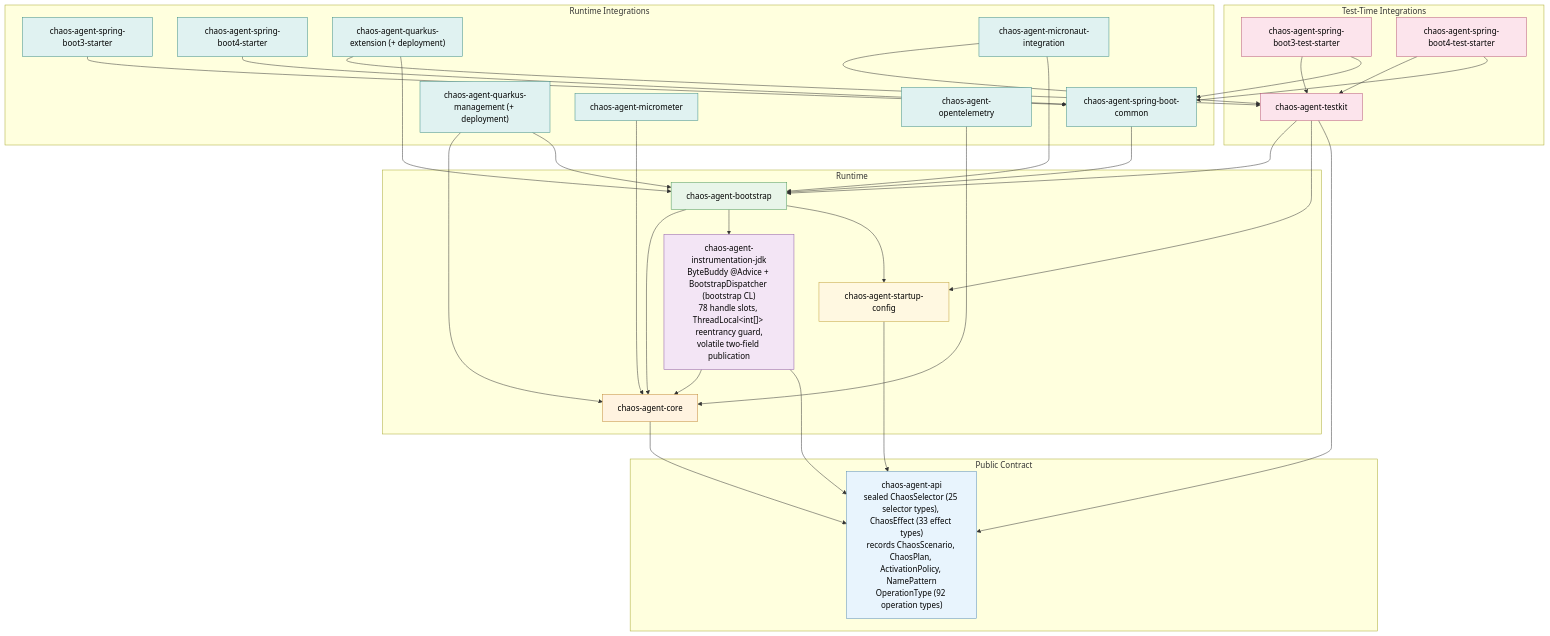
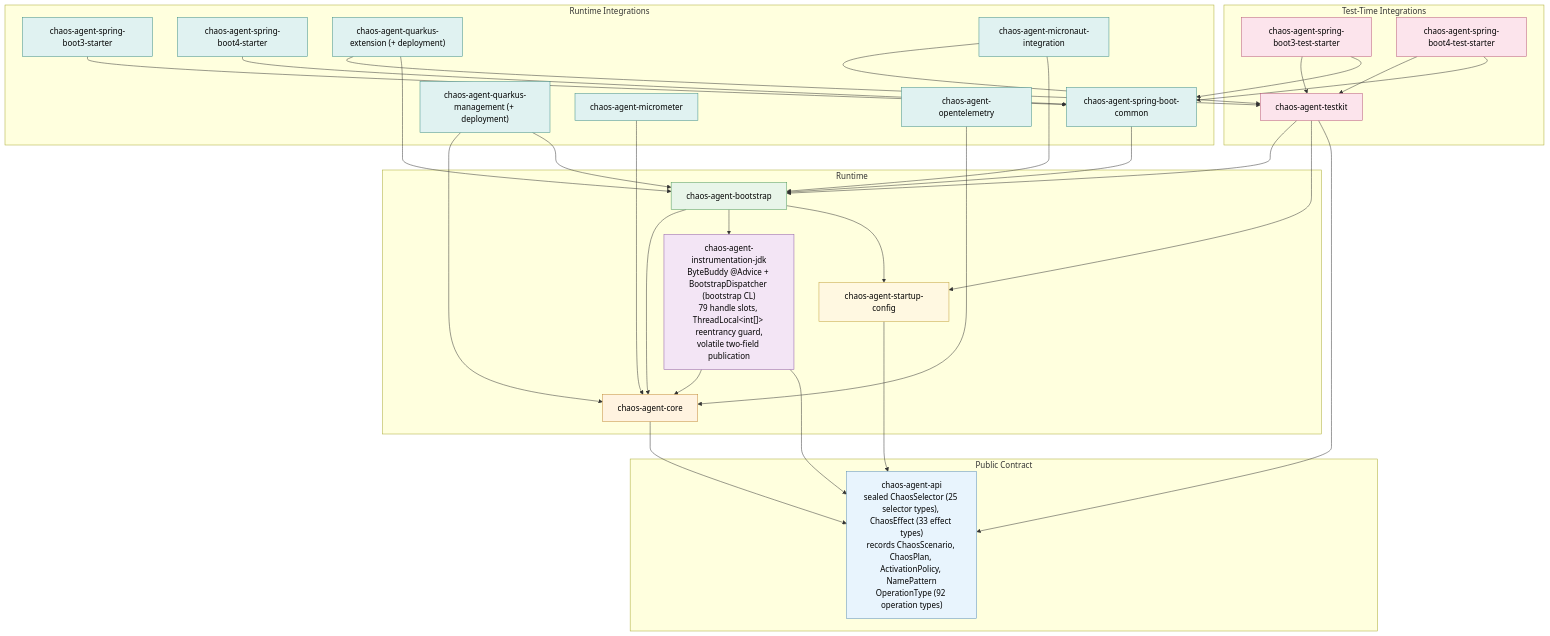
Before and after one commit to macstab/macstab-chaos-jvm-agent: the first of 4 diagrams in docs/overall-agent.md, drawn with Mermaid. The commit also changed other lines of this file and 23 other files, not shown here.

````diff
--- a/docs/overall-agent.md
+++ b/docs/overall-agent.md
@@ -105,68 +105,68 @@
 ```mermaid
 flowchart TB
   subgraph contract["Public Contract"]
     api["chaos-agent-api<br/>sealed ChaosSelector (25 selector types), ChaosEffect (33 effect types)<br/>records ChaosScenario, ChaosPlan, ActivationPolicy, NamePattern<br/>OperationType (92 operation types)"]
   end
   subgraph runtime["Runtime"]
     core["chaos-agent-core"]
-    instr["chaos-agent-instrumentation-jdk<br/>ByteBuddy @Advice + BootstrapDispatcher (bootstrap CL)<br/>78 handle slots, ThreadLocal&lt;int[]&gt; reentrancy guard,<br/>volatile two-field publication"]
+    instr["chaos-agent-instrumentation-jdk<br/>ByteBuddy @Advice + BootstrapDispatcher (bootstrap CL)<br/>79 handle slots, ThreadLocal&lt;int[]&gt; reentrancy guard,<br/>volatile two-field publication"]
     config["chaos-agent-startup-config"]
     boot["chaos-agent-bootstrap"]
   end
   subgraph testing["Test-Time Integrations"]
     testkit["chaos-agent-testkit"]
     sb3t["chaos-agent-spring-boot3-test-starter"]
     sb4t["chaos-agent-spring-boot4-test-starter"]
   end
   subgraph integrations["Runtime Integrations"]
     sbc["chaos-agent-spring-boot-common"]
     sb3["chaos-agent-spring-boot3-starter"]
     sb4["chaos-agent-spring-boot4-starter"]
     qx["chaos-agent-quarkus-extension (+ deployment)"]
     qm["chaos-agent-quarkus-management (+ deployment)"]
     mn["chaos-agent-micronaut-integration"]
     mm["chaos-agent-micrometer"]
     otel["chaos-agent-opentelemetry"]
   end
 
   core --> api
   instr --> core
   instr --> api
   config --> api
   boot --> core
   boot --> instr
   boot --> config
   testkit --> boot
   testkit --> config
   testkit --> api
   sb3t --> testkit
   sb4t --> testkit
   sb3t --> sbc
   sb4t --> sbc
   sbc --> boot
   sb3 --> sbc
   sb4 --> sbc
   qx --> testkit
   qx --> boot
   qm --> core
   qm --> boot
   mn --> testkit
   mn --> boot
   mm --> core
   otel --> core
 
   classDef apiStyle fill:#E8F4FD,stroke:#5B8DB8,color:#000
   classDef coreStyle fill:#FFF3E0,stroke:#C28A3A,color:#000
   classDef bridgeStyle fill:#F3E5F5,stroke:#8E5BA8,color:#000
   classDef bootStyle fill:#E8F5E9,stroke:#4E9A5B,color:#000
   classDef configStyle fill:#FFF8E1,stroke:#C2A13A,color:#000
   classDef testStyle fill:#FCE4EC,stroke:#B8587A,color:#000
   classDef springStyle fill:#E0F2F1,stroke:#3E8E86,color:#000
   class api apiStyle
   class core coreStyle
   class instr bridgeStyle
   class boot bootStyle
   class config configStyle
   class testkit,sb3t,sb4t testStyle
   class sbc,sb3,sb4,qx,qm,mn,mm,otel springStyle
 ```
````
